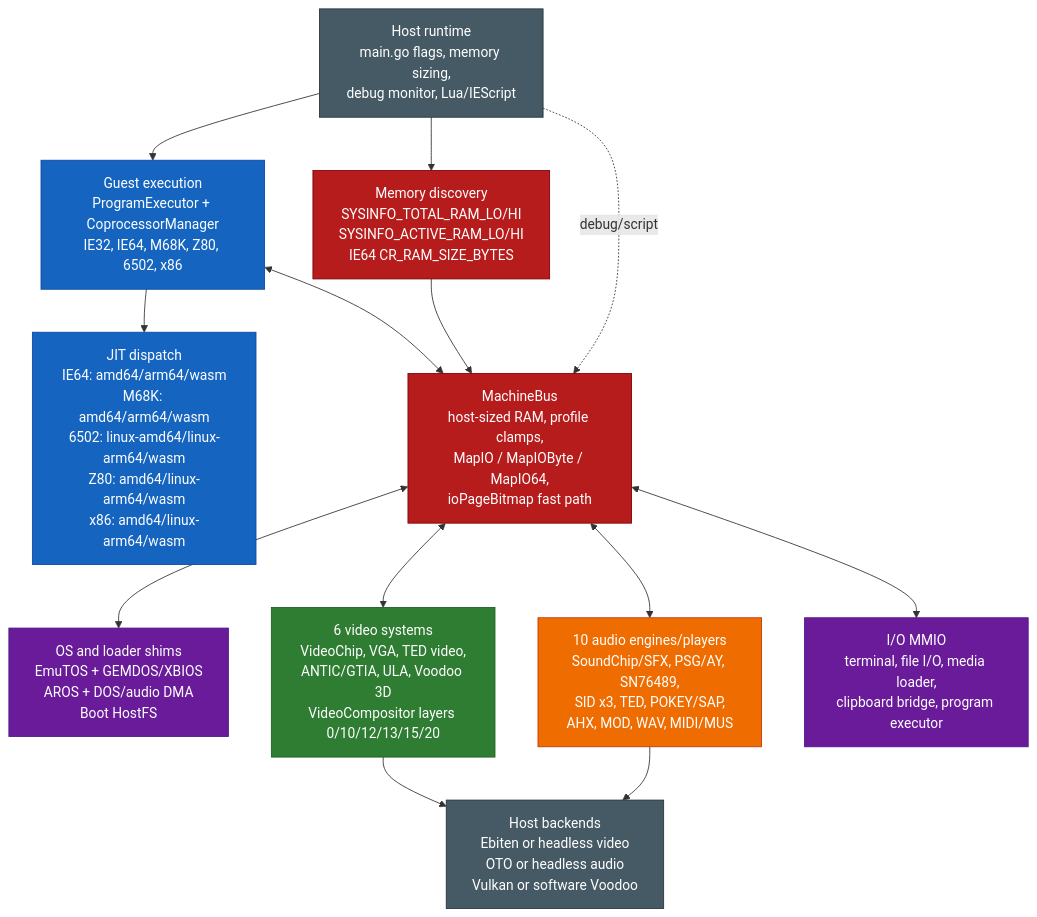
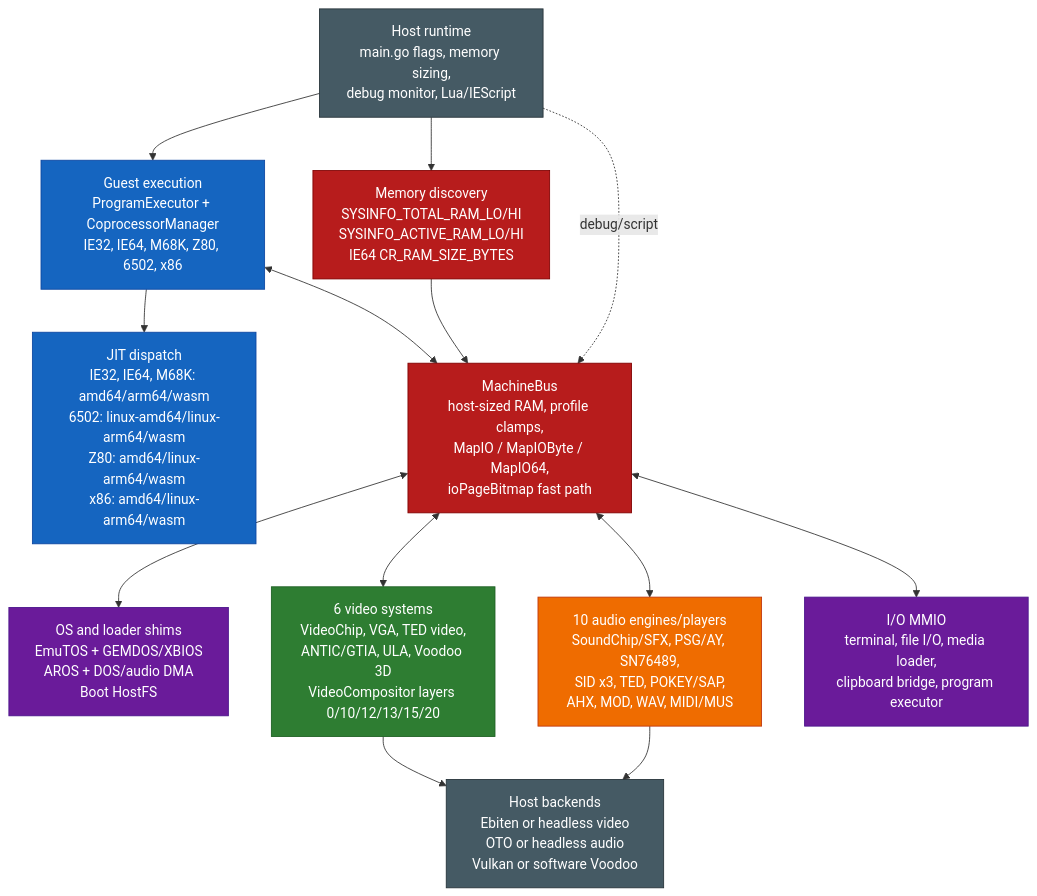
Before and after one commit to IntuitionAmiga/IntuitionEngine: the second of 12 diagrams in sdk/docs/architecture.md, drawn with Mermaid. The commit also changed other lines of this file and 60 other files, not shown here.

````diff
--- a/sdk/docs/architecture.md
+++ b/sdk/docs/architecture.md
@@ -288,40 +288,40 @@
 ```mermaid
 flowchart TB
     HOST["Host runtime<br/>main.go flags, memory sizing,<br/>debug monitor, Lua/IEScript"]
     EXEC["Guest execution<br/>ProgramExecutor + CoprocessorManager<br/>IE32, IE64, M68K, Z80, 6502, x86"]
-    JIT["JIT dispatch<br/>IE64: amd64/arm64/wasm<br/>M68K: amd64/arm64/wasm<br/>6502: linux-amd64/linux-arm64/wasm<br/>Z80: amd64/linux-arm64/wasm<br/>x86: amd64/linux-arm64/wasm"]
+    JIT["JIT dispatch<br/>IE32, IE64, M68K: amd64/arm64/wasm<br/>6502: linux-amd64/linux-arm64/wasm<br/>Z80: amd64/linux-arm64/wasm<br/>x86: amd64/linux-arm64/wasm"]
     BUS["MachineBus<br/>host-sized RAM, profile clamps,<br/>MapIO / MapIOByte / MapIO64,<br/>ioPageBitmap fast path"]
     MEM["Memory discovery<br/>SYSINFO_TOTAL_RAM_LO/HI<br/>SYSINFO_ACTIVE_RAM_LO/HI<br/>IE64 CR_RAM_SIZE_BYTES"]
     OS["OS and loader shims<br/>EmuTOS + GEMDOS/XBIOS<br/>AROS + DOS/audio DMA<br/>Boot HostFS"]
     VIDEO["6 video systems<br/>VideoChip, VGA, TED video,<br/>ANTIC/GTIA, ULA, Voodoo 3D<br/>VideoCompositor layers 0/10/12/13/15/20"]
     AUDIO["10 audio engines/players<br/>SoundChip/SFX, PSG/AY, SN76489,<br/>SID x3, TED, POKEY/SAP,<br/>AHX, MOD, WAV, MIDI/MUS"]
     IO["I/O MMIO<br/>terminal, file I/O, media loader,<br/>clipboard bridge, program executor"]
     BACKEND["Host backends<br/>Ebiten or headless video<br/>OTO or headless audio<br/>Vulkan or software Voodoo"]
 
     HOST --> EXEC
     HOST --> MEM
     EXEC --> JIT
     EXEC <--> BUS
     MEM --> BUS
     BUS <--> OS
     BUS <--> VIDEO
     BUS <--> AUDIO
     BUS <--> IO
     VIDEO --> BACKEND
     AUDIO --> BACKEND
     HOST -. debug/script .-> BUS
 
     classDef host fill:#455A64,stroke:#263238,color:#fff
     classDef cpu fill:#1565C0,stroke:#0D47A1,color:#fff
     classDef bus fill:#B71C1C,stroke:#7F0000,color:#fff
     classDef os fill:#6A1B9A,stroke:#4A148C,color:#fff
     classDef video fill:#2E7D32,stroke:#1B5E20,color:#fff
     classDef audio fill:#EF6C00,stroke:#BF360C,color:#fff
 
     class HOST,BACKEND host
     class EXEC,JIT cpu
     class BUS,MEM bus
     class OS,IO os
     class VIDEO video
     class AUDIO audio
 ```
````
